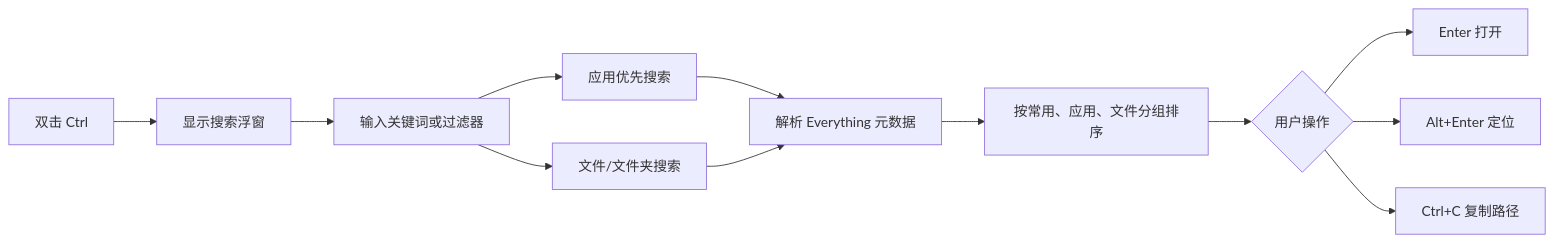
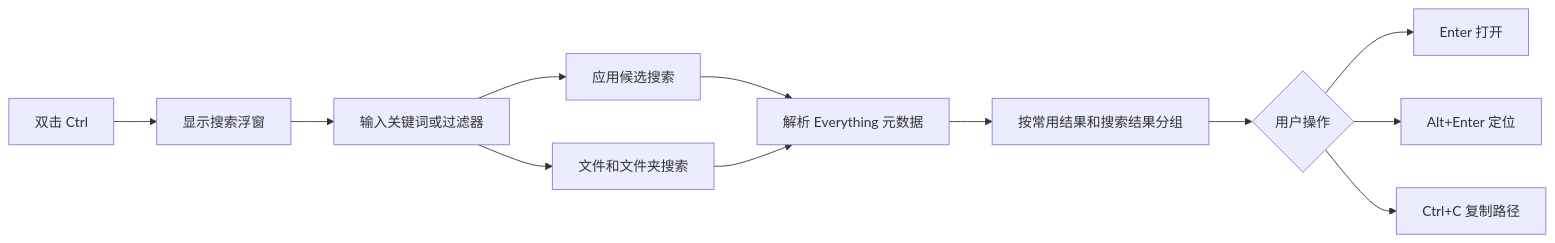
The first of 3 diagrams in README.md (bfs1201/everything-desktop-search), drawn with Mermaid before and after one commit. The commit also changed other lines of this file and 13 other files, not shown here.

````diff
--- a/README.md
+++ b/README.md
@@ -7,14 +7,14 @@
 ```mermaid
 flowchart LR
   A["双击 Ctrl"] --> B["显示搜索浮窗"]
   B --> C["输入关键词或过滤器"]
-  C --> D["应用优先搜索"]
-  C --> E["文件/文件夹搜索"]
+  C --> D["应用候选搜索"]
+  C --> E["文件和文件夹搜索"]
   D --> F["解析 Everything 元数据"]
   E --> F
-  F --> G["按常用、应用、文件分组排序"]
+  F --> G["按常用结果和搜索结果分组"]
   G --> H{"用户操作"}
   H --> I["Enter 打开"]
   H --> J["Alt+Enter 定位"]
   H --> K["Ctrl+C 复制路径"]
 ```
````
